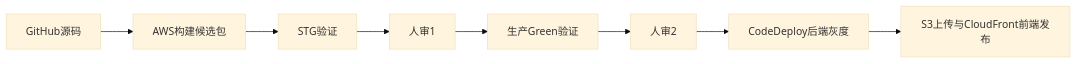
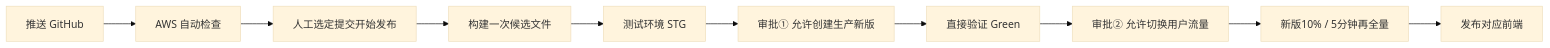
Before and after one commit to konglingtong44/kongPortfolio: the second of 2 diagrams in AWS_LEARNING_GUIDE.md, drawn with Mermaid (base theme). The commit also changed other lines of this file and 14 other files, not shown here.

````diff
--- a/AWS_LEARNING_GUIDE.md
+++ b/AWS_LEARNING_GUIDE.md
@@ -27,10 +41,12 @@
 ```mermaid
 flowchart LR
-  G[GitHub源码] --> C[AWS构建候选包]
-  C --> S[STG验证]
-  S --> P1[人审1]
-  P1 --> V[生产Green验证]
-  V --> P2[人审2]
-  P2 --> CD[CodeDeploy后端灰度]
-  CD --> F[S3上传与CloudFront前端发布]
+  G[推送 GitHub] --> CI[AWS 自动检查]
+  CI --> M[人工选定提交开始发布]
+  M --> K[构建一次候选文件]
+  K --> T[测试环境 STG]
+  T --> P1[审批① 允许创建生产新版]
+  P1 --> V[直接验证 Green]
+  V --> P2[审批② 允许切换用户流量]
+  P2 --> D[新版10% / 5分钟再全量]
+  D --> W[发布对应前端]
 ```
````
